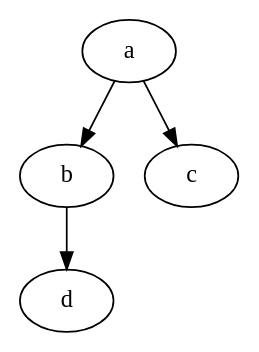
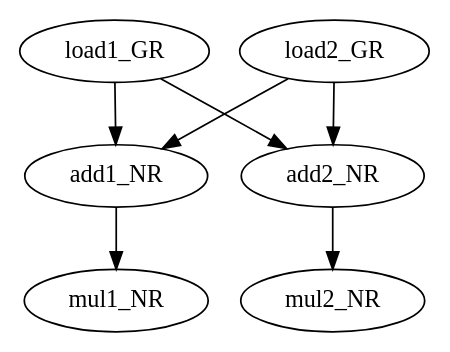
One commit to PPG11/DFG_II_calculate changed the diagram in test.dot. Above: the diagram before and after it, drawn with Graphviz. The commit also changed 6 other files, not shown here.

```diff
--- a/test.dot
+++ b/test.dot
@@ -1,5 +1,8 @@
-digraph action {
-    a -> b
-    a -> c
-    b -> d
+digraph a {
+    load1_GR -> add1_NR
+    load2_GR -> add1_NR
+    load1_GR -> add2_NR
+    load2_GR -> add2_NR
+    add1_NR -> mul1_NR
+    add2_NR -> mul2_NR
 }
```
